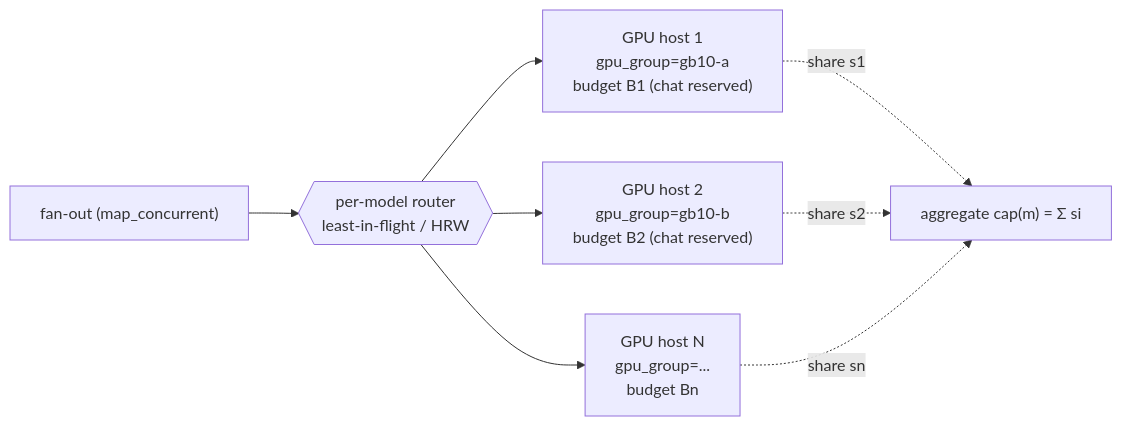
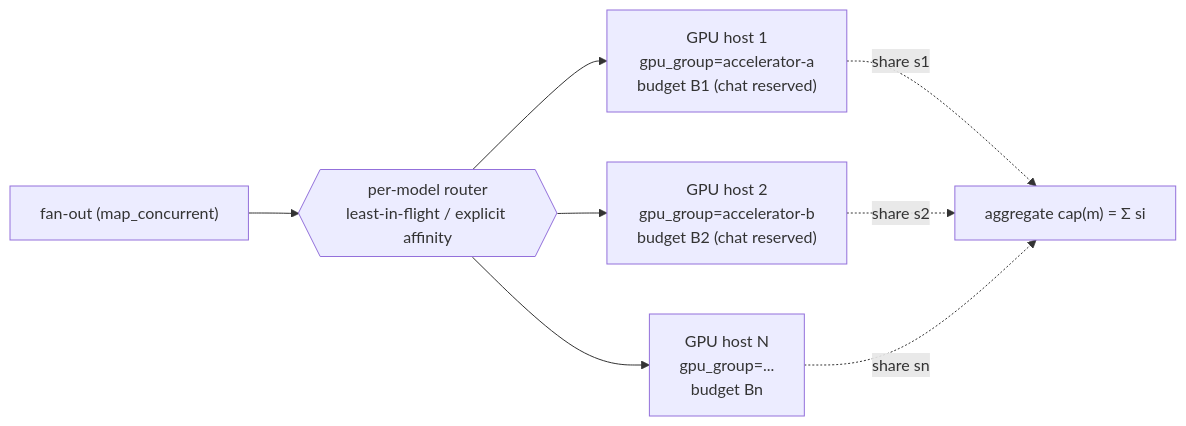
One commit to Knuckles-Team/agent-utilities changed the second of 2 diagrams in docs/architecture/distributed_gpu_concurrency.md. Above: the diagram before and after it, drawn with Mermaid. The commit also changed other lines of this file and 3818 other files, not shown here.

````diff
--- a/docs/architecture/distributed_gpu_concurrency.md
+++ b/docs/architecture/distributed_gpu_concurrency.md
@@ -99,11 +93,11 @@
 ```mermaid
 flowchart LR
     Caller["fan-out (map_concurrent)"]
-    Caller --> R{{"per-model router<br/>least-in-flight / HRW"}}
-    R --> H1["GPU host 1<br/>gpu_group=gb10-a<br/>budget B1 (chat reserved)"]
-    R --> H2["GPU host 2<br/>gpu_group=gb10-b<br/>budget B2 (chat reserved)"]
+    Caller --> R{{"per-model router<br/>least-in-flight / explicit affinity"}}
+    R --> H1["GPU host 1<br/>gpu_group=accelerator-a<br/>budget B1 (chat reserved)"]
+    R --> H2["GPU host 2<br/>gpu_group=accelerator-b<br/>budget B2 (chat reserved)"]
     R --> H3["GPU host N<br/>gpu_group=...<br/>budget Bn"]
     H1 -.->|"share s1"| Agg["aggregate cap(m) = Σ si"]
     H2 -.->|"share s2"| Agg
     H3 -.->|"share sn"| Agg
 ```
````
